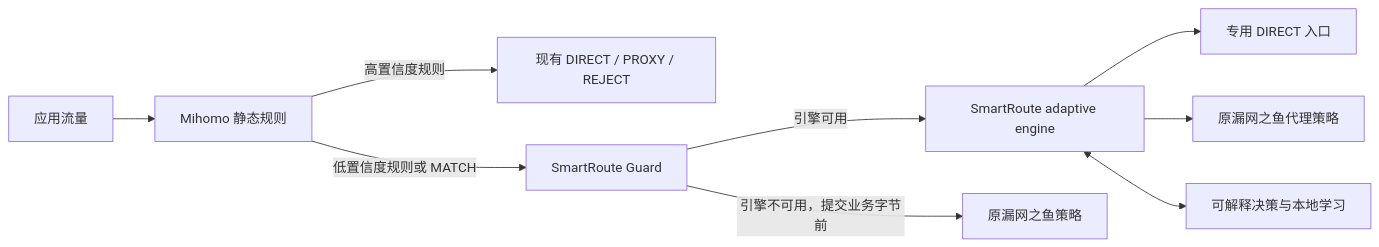
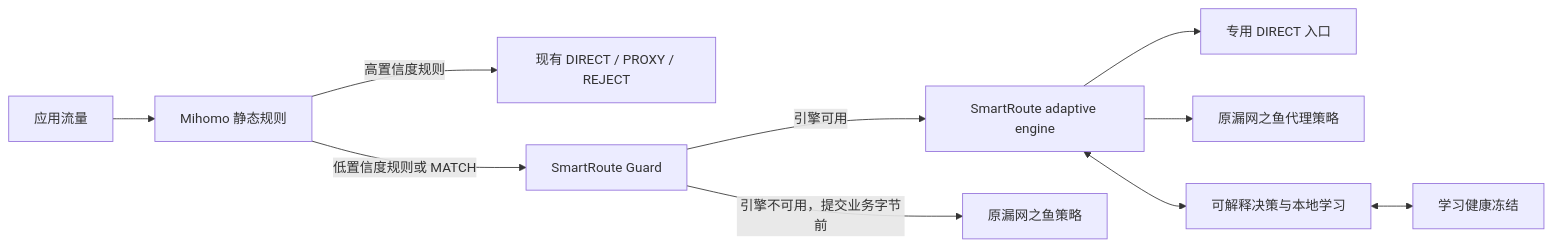
Before and after one commit to firfisa/smartroute: the diagram in README.md, drawn with Mermaid. The commit also changed other lines of this file and 19 other files, not shown here.

````diff
--- a/README.md
+++ b/README.md
@@ -26,11 +26,12 @@
 ```mermaid
 flowchart LR
     App["应用流量"] --> M["Mihomo 静态规则"]
     M -->|"高置信度规则"| Existing["现有 DIRECT / PROXY / REJECT"]
     M -->|"低置信度规则或 MATCH"| G["SmartRoute Guard"]
     G -->|"引擎可用"| S["SmartRoute adaptive engine"]
     G -->|"引擎不可用，提交业务字节前"| O["原漏网之鱼策略"]
     S --> D["专用 DIRECT 入口"]
     S --> P["原漏网之鱼代理策略"]
     S <--> E["可解释决策与本地学习"]
+    E <--> H["学习健康冻结"]
 ```
````
